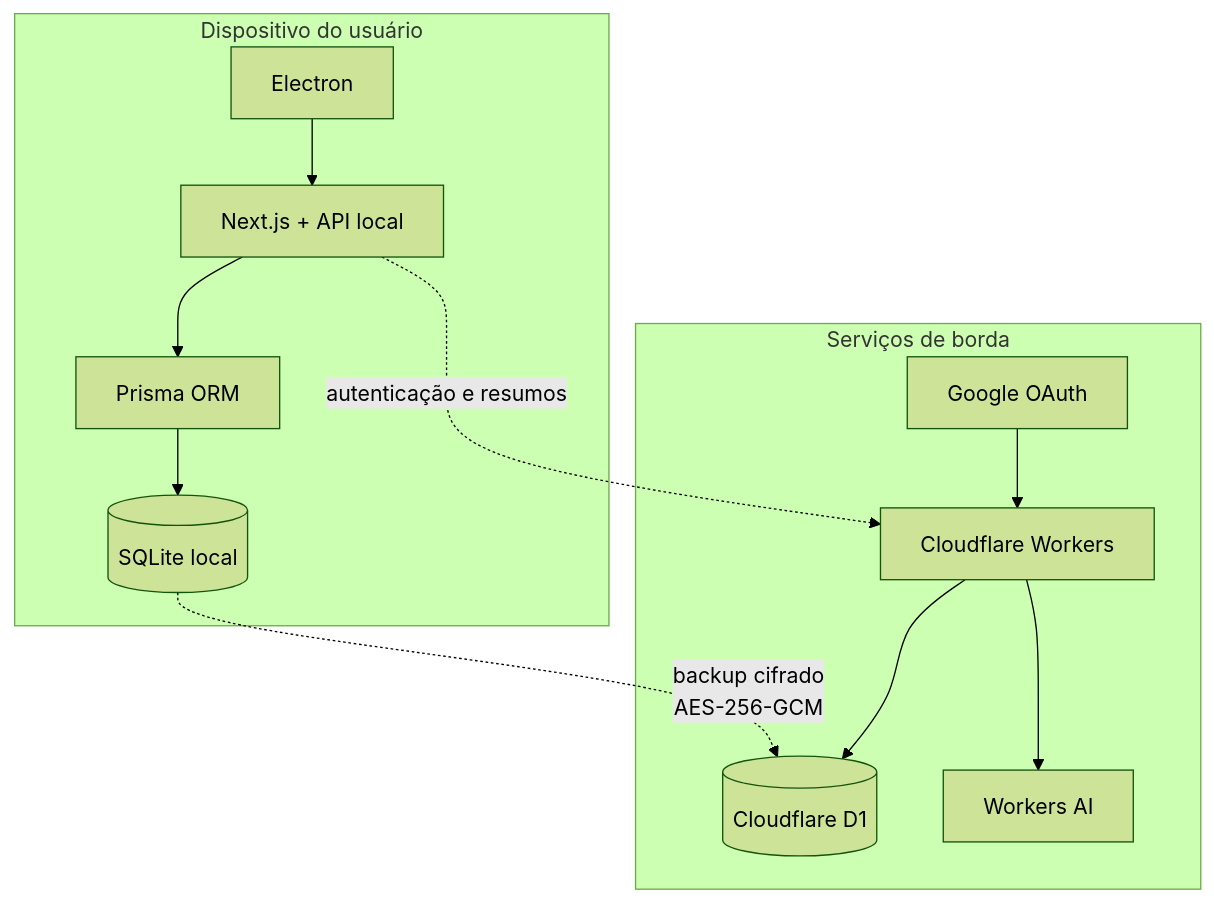
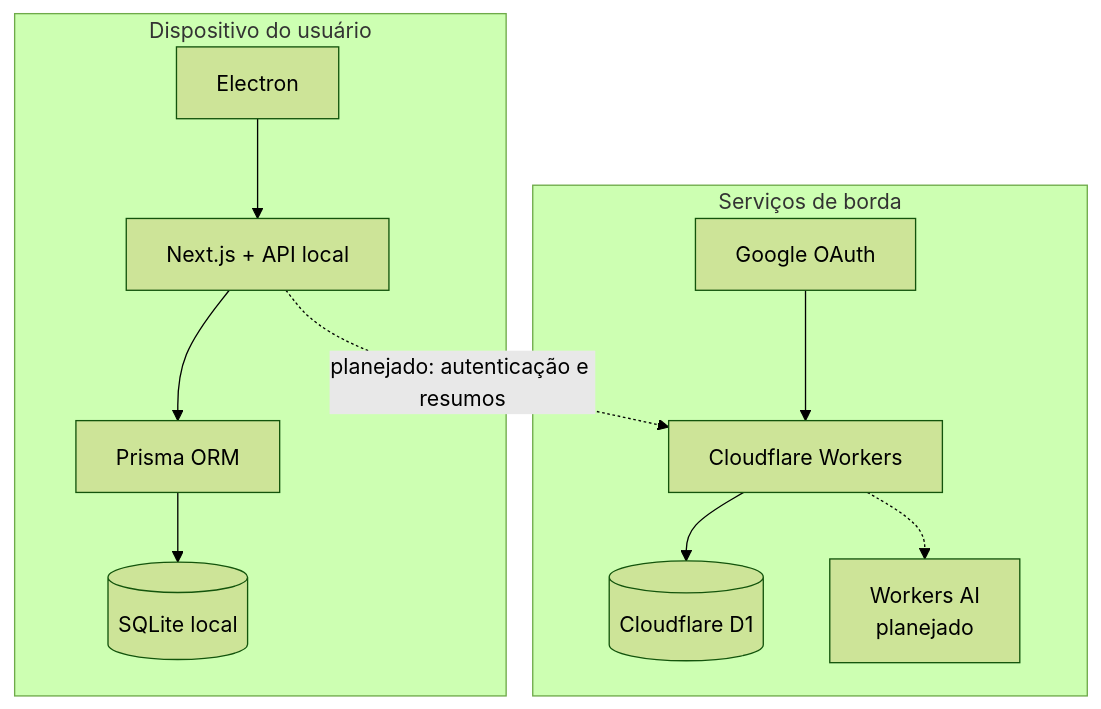
The third of 3 diagrams in README.md (luizfelipe-pacifico/talentum), drawn with Mermaid (forest theme) before and after one commit. The commit also changed other lines of this file and 13 other files, not shown here.

````diff
--- a/README.md
+++ b/README.md
@@ -90,22 +91,21 @@
 ```mermaid
 flowchart TB
     subgraph Dispositivo[Dispositivo do usuário]
         E[Electron]
         N[Next.js + API local]
         P[Prisma ORM]
         S[(SQLite local)]
         E --> N --> P --> S
     end
 
     subgraph Nuvem[Serviços de borda]
         O[Google OAuth]
         W[Cloudflare Workers]
         D[(Cloudflare D1)]
-        AI[Workers AI]
+        AI[Workers AI<br/>planejado]
         O --> W --> D
-        W --> AI
+        W -.-> AI
     end
 
-    N -. autenticação e resumos .-> W
-    S -. backup cifrado<br/>AES-256-GCM .-> D
+    N -. planejado: autenticação e resumos .-> W
 ```
````
